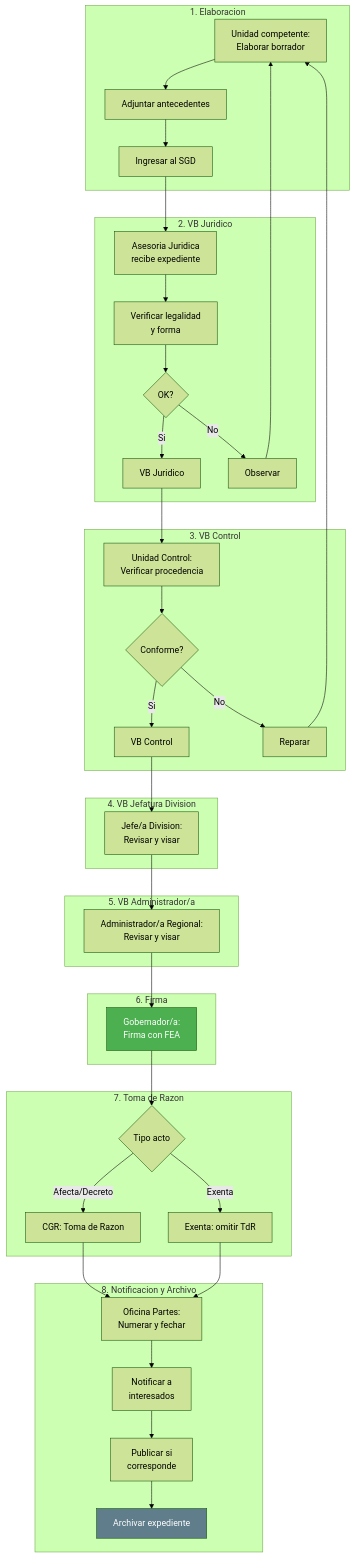
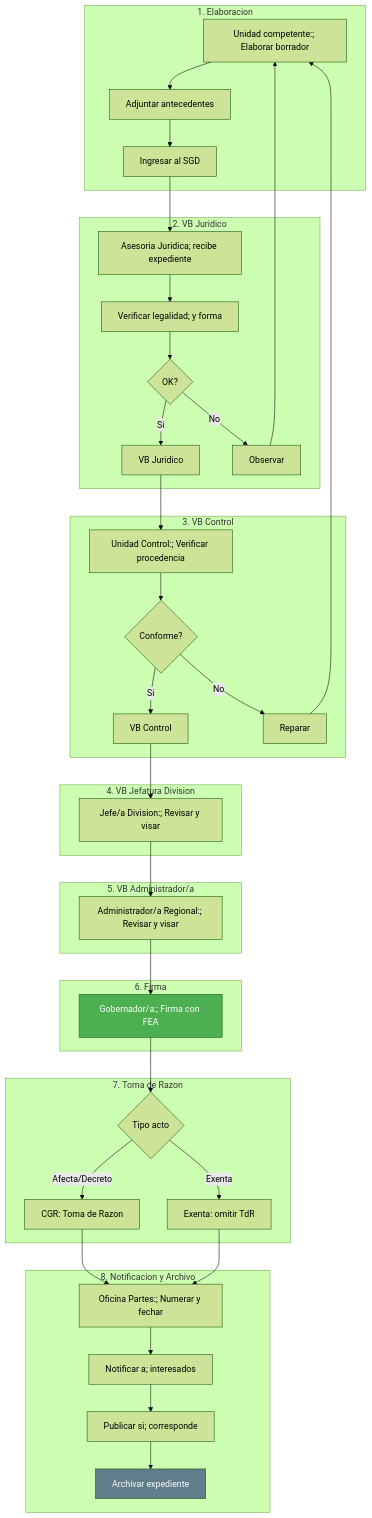
The second of 5 diagrams in KNOWLEDGE/gn/kb/bpmn-actos-administrativos.md (felix-antonio-sl/kora), drawn with Mermaid (forest theme) before and after one commit. The commit also changed other lines of this file and 1034 other files, not shown here.

````diff
--- a/KNOWLEDGE/gn/kb/bpmn-actos-administrativos.md
+++ b/KNOWLEDGE/gn/kb/bpmn-actos-administrativos.md
@@ -86,60 +96,60 @@
 ```mermaid
 flowchart TD
-    subgraph FASE1["1. Elaboracion"]
-        A["Unidad competente:<br/>Elaborar borrador"]
-        B["Adjuntar antecedentes"]
-        C["Ingresar al SGD"]
-    end
+ subgraph FASE1["1. Elaboracion"]
+ A["Unidad competente:; Elaborar borrador"]
+ B["Adjuntar antecedentes"]
+ C["Ingresar al SGD"]
+ end
 
-    subgraph FASE2["2. VB Juridico"]
-        D["Asesoria Juridica<br/>recibe expediente"]
-        E["Verificar legalidad<br/>y forma"]
-        F{"OK?"}
-        G["VB Juridico"]
-        H["Observar"]
-    end
+ subgraph FASE2["2. VB Juridico"]
+ D["Asesoria Juridica; recibe expediente"]
+ E["Verificar legalidad; y forma"]
+ F{"OK?"}
+ G["VB Juridico"]
+ H["Observar"]
+ end
 
-    subgraph FASE3["3. VB Control"]
-        K["Unidad Control:<br/>Verificar procedencia"]
-        L{"Conforme?"}
-        M["VB Control"]
-        N["Reparar"]
-    end
+ subgraph FASE3["3. VB Control"]
+ K["Unidad Control:; Verificar procedencia"]
+ L{"Conforme?"}
+ M["VB Control"]
+ N["Reparar"]
+ end
 
-    subgraph FASE4["4. VB Jefatura Division"]
-        I["Jefe/a Division:<br/>Revisar y visar"]
-    end
+ subgraph FASE4["4. VB Jefatura Division"]
+ I["Jefe/a Division:; Revisar y visar"]
+ end
 
-    subgraph FASE5["5. VB Administrador/a"]
-        O["Administrador/a Regional:<br/>Revisar y visar"]
-    end
+ subgraph FASE5["5. VB Administrador/a"]
+ O["Administrador/a Regional:; Revisar y visar"]
+ end
 
-    subgraph FASE6["6. Firma"]
-        P["Gobernador/a:<br/>Firma con FEA"]
-    end
+ subgraph FASE6["6. Firma"]
+ P["Gobernador/a:; Firma con FEA"]
+ end
 
-    subgraph FASE7["7. Toma de Razon"]
-        P2{"Tipo acto"}
-        TDR["CGR: Toma de Razon"]
-        EX["Exenta: omitir TdR"]
-    end
+ subgraph FASE7["7. Toma de Razon"]
+ P2{"Tipo acto"}
+ TDR["CGR: Toma de Razon"]
+ EX["Exenta: omitir TdR"]
+ end
 
-    subgraph FASE8["8. Notificacion y Archivo"]
-        Q["Oficina Partes:<br/>Numerar y fechar"]
-        R["Notificar a<br/>interesados"]
-        S["Publicar si<br/>corresponde"]
-        T["Archivar expediente"]
-    end
+ subgraph FASE8["8. Notificacion y Archivo"]
+ Q["Oficina Partes:; Numerar y fechar"]
+ R["Notificar a; interesados"]
+ S["Publicar si; corresponde"]
+ T["Archivar expediente"]
+ end
 
-    A --> B --> C --> D --> E --> F
-    F -->|"Si"| G --> K --> L
-    F -->|"No"| H --> A
-    L -->|"Si"| M --> I --> O --> P --> P2
-    L -->|"No"| N --> A
-    P2 -->|"Afecta/Decreto"| TDR --> Q
-    P2 -->|"Exenta"| EX --> Q
-    Q --> R --> S --> T
+ A --> B --> C --> D --> E --> F
+ F -->|"Si"| G --> K --> L
+ F -->|"No"| H --> A
+ L -->|"Si"| M --> I --> O --> P --> P2
+ L -->|"No"| N --> A
+ P2 -->|"Afecta/Decreto"| TDR --> Q
+ P2 -->|"Exenta"| EX --> Q
+ Q --> R --> S --> T
 
-    style P fill:#4CAF50,color:#fff
-    style T fill:#607D8B,color:#fff
+ style P fill:#4CAF50,color:#fff
+ style T fill:#607D8B,color:#fff
 ```
````
